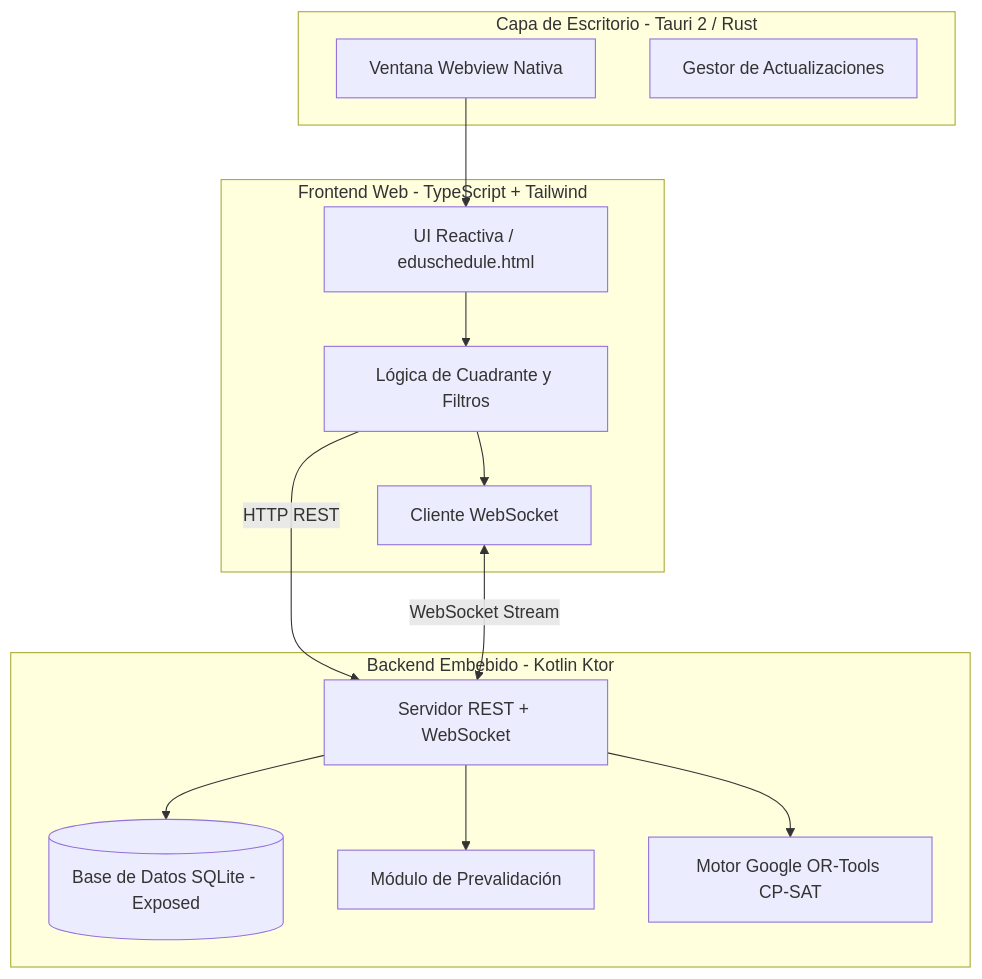
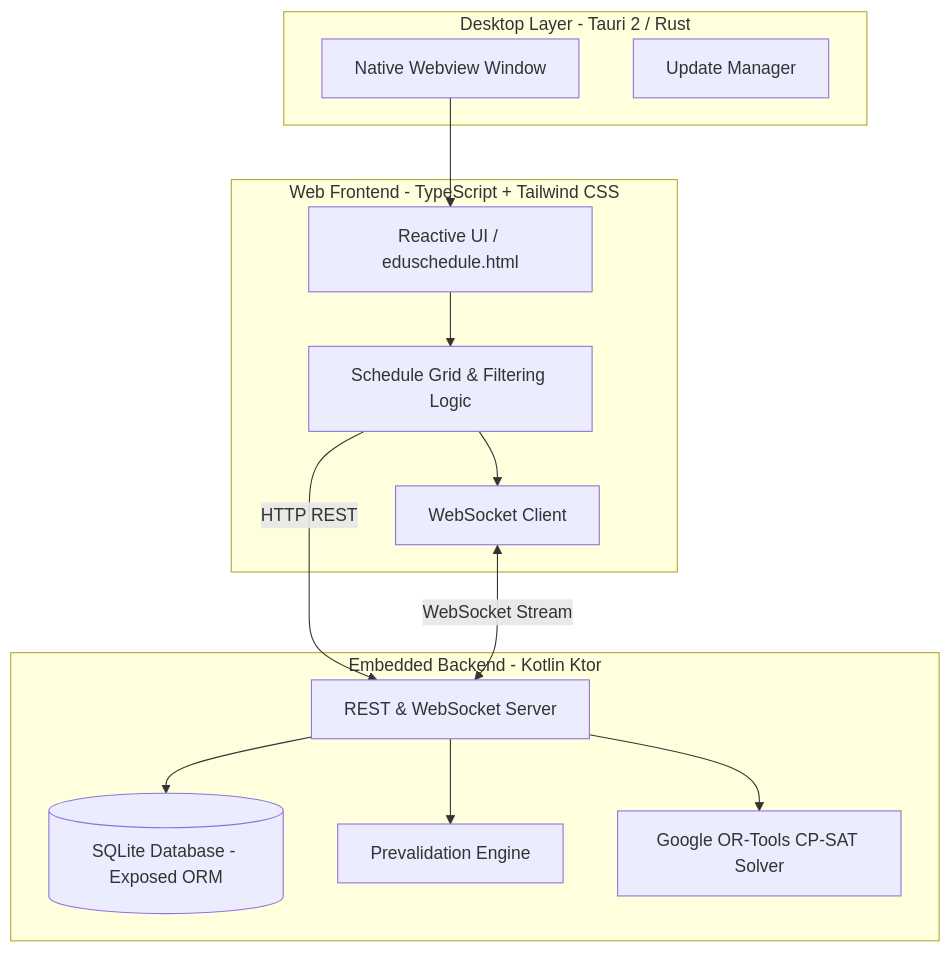
One commit to guillemo12/Horarios-profesores changed the diagram in README.md. Above: the diagram before and after it, drawn with Mermaid. The commit also changed other lines of this file, not shown here.

````diff
--- a/README.md
+++ b/README.md
@@ -66,29 +67,29 @@
 ```mermaid
 graph TD
-    subgraph Desktop [Capa de Escritorio - Tauri 2 / Rust]
-        TauriUI[Ventana Webview Nativa]
-        Updater[Gestor de Actualizaciones]
+    subgraph Desktop [Desktop Layer - Tauri 2 / Rust]
+        TauriUI[Native Webview Window]
+        Updater[Update Manager]
     end
 
-    subgraph Frontend [Frontend Web - TypeScript + Tailwind]
-        HTML[UI Reactiva / eduschedule.html]
-        WSClient[Cliente WebSocket]
-        AppLogic[Lógica de Cuadrante y Filtros]
+    subgraph Frontend [Web Frontend - TypeScript + Tailwind CSS]
+        HTML[Reactive UI / eduschedule.html]
+        WSClient[WebSocket Client]
+        AppLogic[Schedule Grid & Filtering Logic]
     end
 
-    subgraph Backend [Backend Embebido - Kotlin Ktor]
-        KtorServer[Servidor REST + WebSocket]
-        SQLite[(Base de Datos SQLite - Exposed)]
-        Preval[Módulo de Prevalidación]
-        Solver[Motor Google OR-Tools CP-SAT]
+    subgraph Backend [Embedded Backend - Kotlin Ktor]
+        KtorServer[REST & WebSocket Server]
+        SQLite[(SQLite Database - Exposed ORM)]
+        Preval[Prevalidation Engine]
+        Solver[Google OR-Tools CP-SAT Solver]
     end
 
     TauriUI --> HTML
     HTML --> AppLogic
     AppLogic --> WSClient
     AppLogic -->|HTTP REST| KtorServer
     WSClient <-->|WebSocket Stream| KtorServer
     KtorServer --> SQLite
     KtorServer --> Preval
     KtorServer --> Solver
 ```
````
